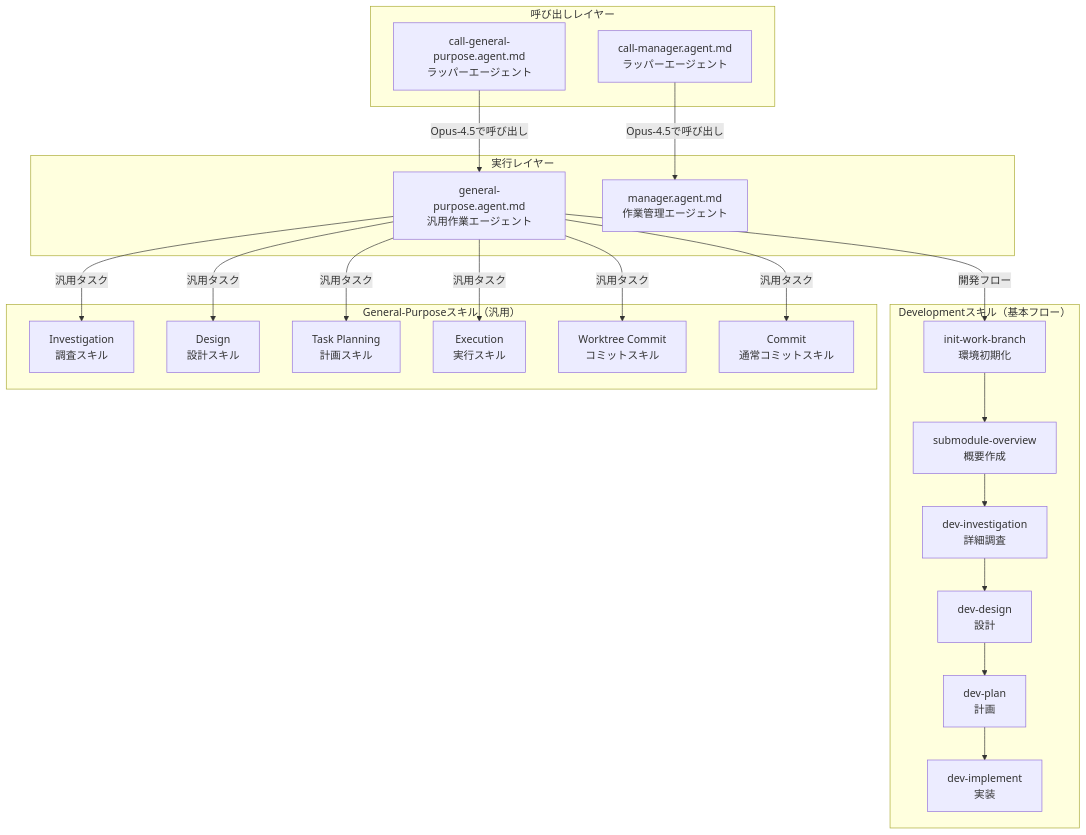
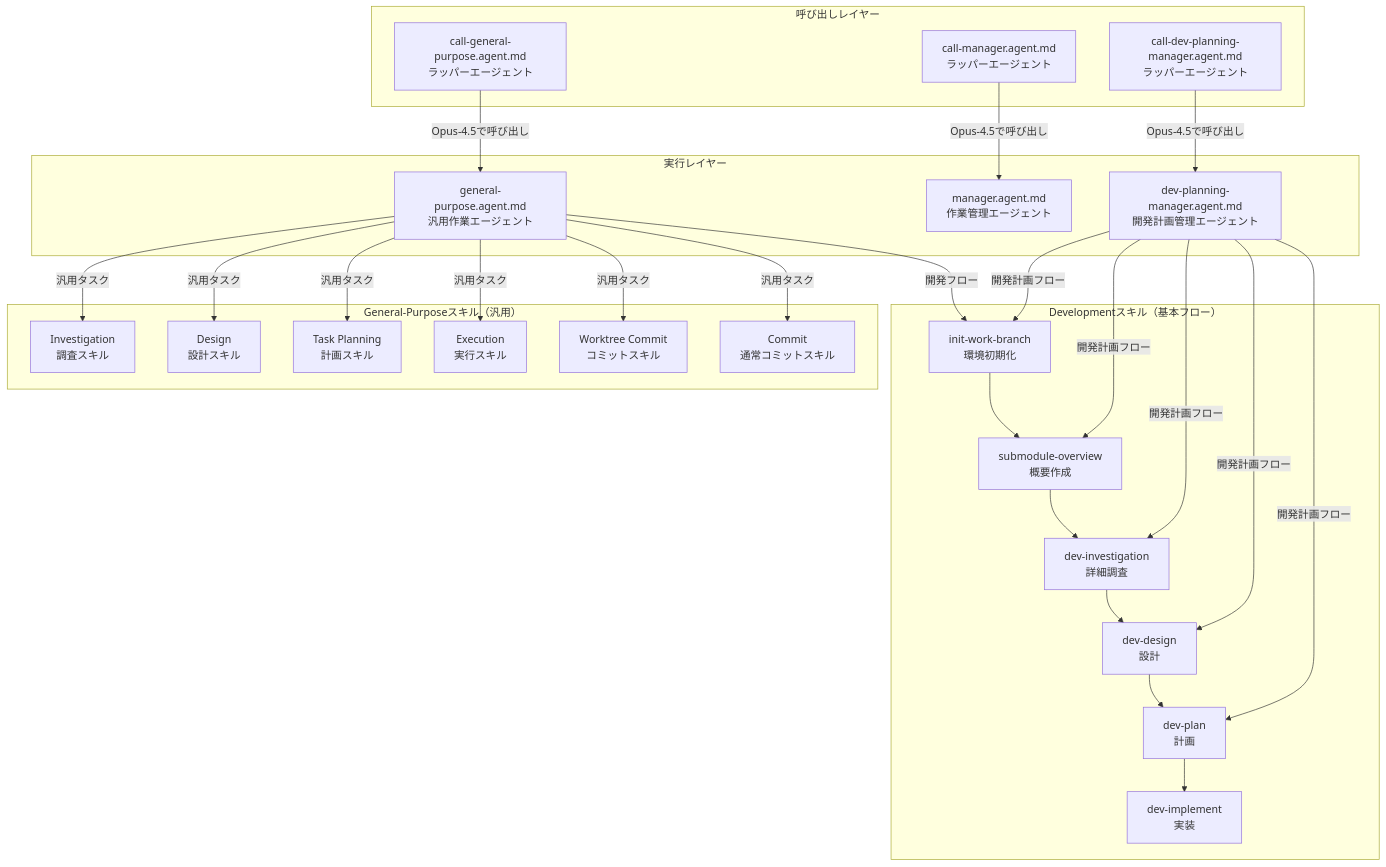
Before and after one commit to NagasakaH/dev-process: the first of 4 diagrams in README.md, drawn with Mermaid. The commit also changed other lines of this file and 2 other files, not shown here.

First line of the commit message:
feat: 開発計画管理エージェント（dev-planning-manager）を追加

````diff
--- a/README.md
+++ b/README.md
@@ -31,47 +31,56 @@
 ```mermaid
 graph TB
     subgraph "呼び出しレイヤー"
         CGP[call-general-purpose.agent.md<br/>ラッパーエージェント]
         CM[call-manager.agent.md<br/>ラッパーエージェント]
+        CDPM[call-dev-planning-manager.agent.md<br/>ラッパーエージェント]
     end
     
     subgraph "実行レイヤー"
         GP[general-purpose.agent.md<br/>汎用作業エージェント]
         M[manager.agent.md<br/>作業管理エージェント]
+        DPM[dev-planning-manager.agent.md<br/>開発計画管理エージェント]
     end
     
     subgraph "Developmentスキル（基本フロー）"
         IWB[init-work-branch<br/>環境初期化]
         SOV[submodule-overview<br/>概要作成]
         DIN[dev-investigation<br/>詳細調査]
         DDE[dev-design<br/>設計]
         DPL[dev-plan<br/>計画]
         DIM[dev-implement<br/>実装]
     end
     
     subgraph "General-Purposeスキル（汎用）"
         INV[Investigation<br/>調査スキル]
         DES[Design<br/>設計スキル]
         PLN[Task Planning<br/>計画スキル]
         EXE[Execution<br/>実行スキル]
         WTC[Worktree Commit<br/>コミットスキル]
         CMT[Commit<br/>通常コミットスキル]
     end
     
     CGP -->|Opus-4.5で呼び出し| GP
     CM -->|Opus-4.5で呼び出し| M
+    CDPM -->|Opus-4.5で呼び出し| DPM
     
     GP -->|開発フロー| IWB
     IWB --> SOV
     SOV --> DIN
     DIN --> DDE
     DDE --> DPL
     DPL --> DIM
     
+    DPM -->|開発計画フロー| IWB
+    DPM -->|開発計画フロー| SOV
+    DPM -->|開発計画フロー| DIN
+    DPM -->|開発計画フロー| DDE
+    DPM -->|開発計画フロー| DPL
+    
     GP -->|汎用タスク| INV
     GP -->|汎用タスク| DES
     GP -->|汎用タスク| PLN
     GP -->|汎用タスク| EXE
     GP -->|汎用タスク| WTC
     GP -->|汎用タスク| CMT
 ```
````
